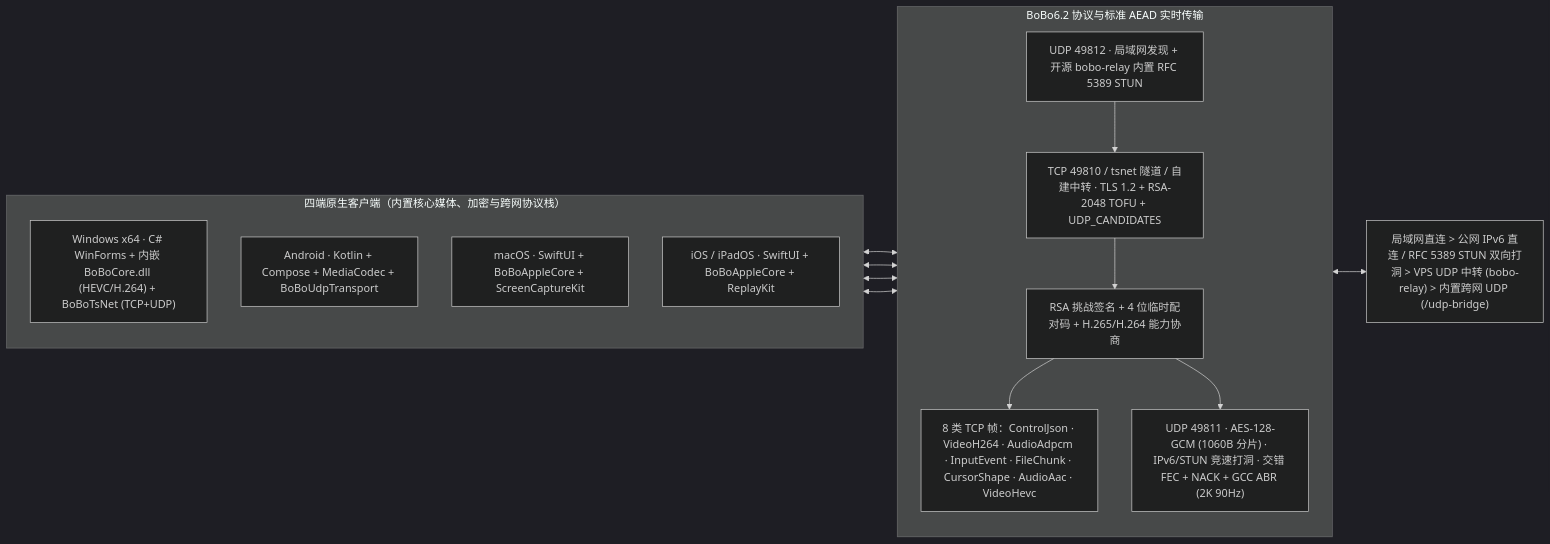
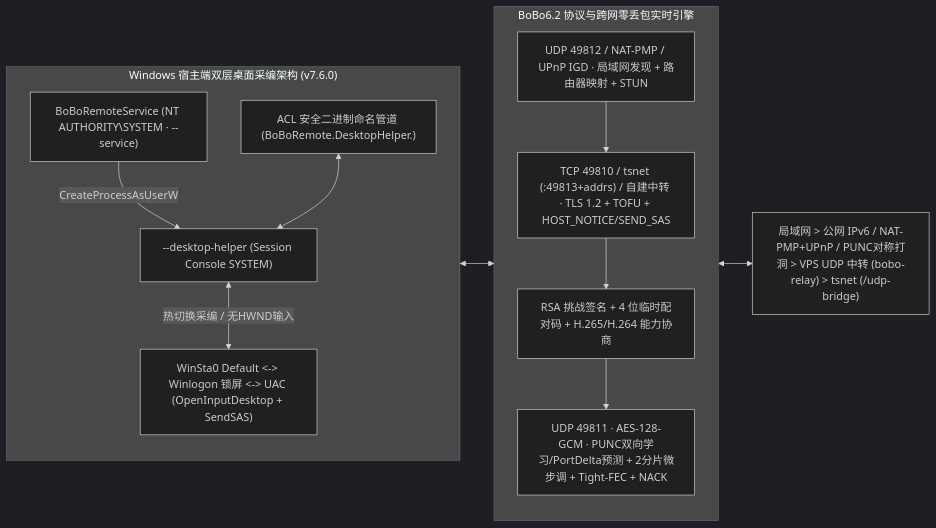
One commit to Gluxggg/BoBo-Remote changed the diagram in README.md. Above: the diagram before and after it, drawn with Mermaid (dark theme). The commit also changed other lines of this file and 29 other files, not shown here.

Commit message:
feat: v7.6.0 SYSTEM Winlogon/UAC service control & cross-network zero-loss traversal

````diff
--- a/README.md
+++ b/README.md
@@ -121,29 +121,27 @@
 ```mermaid
 flowchart LR
-  subgraph CLIENTS["四端原生客户端（内置核心媒体、加密与跨网协议栈）"]
+  subgraph WINHOST["Windows 宿主端双层桌面采编架构 (v7.6.0)"]
     direction TB
-    WIN["Windows x64 · C# WinForms + 内嵌 BoBoCore.dll (HEVC/H.264) + BoBoTsNet (TCP+UDP)"]
-    AND["Android · Kotlin + Compose + MediaCodec + BoBoUdpTransport"]
-    MAC["macOS · SwiftUI + BoBoAppleCore + ScreenCaptureKit"]
-    IOS["iOS / iPadOS · SwiftUI + BoBoAppleCore + ReplayKit"]
+    SVC["BoBoRemoteService (NT AUTHORITY\SYSTEM · --service)"]
+    HLP["--desktop-helper (Session Console SYSTEM)"]
+    DESK["WinSta0 Default <-> Winlogon 锁屏 <-> UAC (OpenInputDesktop + SendSAS)"]
+    PIPE["ACL 安全二进制命名管道 (BoBoRemote.DesktopHelper.<sid>)"]
+    SVC -->|CreateProcessAsUserW| HLP
+    HLP <-->|热切换采编 / 无HWND输入| DESK
+    PIPE <--> HLP
   end
 
-  subgraph PROTO["BoBo6.2 协议与标准 AEAD 实时传输"]
+  subgraph PROTO["BoBo6.2 协议与跨网零丢包实时引擎"]
     direction TB
-    DISC["UDP 49812 · 局域网发现 + 开源 bobo-relay 内置 RFC 5389 STUN"]
-    TLS["TCP 49810 / tsnet 隧道 / 自建中转 · TLS 1.2 + RSA-2048 TOFU + UDP_CANDIDATES"]
+    DISC["UDP 49812 / NAT-PMP / UPnP IGD · 局域网发现 + 路由器映射 + STUN"]
+    TLS["TCP 49810 / tsnet (:49813+addrs) / 自建中转 · TLS 1.2 + TOFU + HOST_NOTICE/SEND_SAS"]
     AUTH["RSA 挑战签名 + 4 位临时配对码 + H.265/H.264 能力协商"]
-    FRAMES["8 类 TCP 帧：ControlJson · VideoH264 · AudioAdpcm · InputEvent · FileChunk · CursorShape · AudioAac · VideoHevc"]
-    UDP["UDP 49811 · AES-128-GCM (1060B 分片) · IPv6/STUN 竞速打洞 · 交错 FEC + NACK + GCC ABR (2K 90Hz)"]
-    DISC --> TLS --> AUTH --> FRAMES
-    AUTH --> UDP
+    UDP["UDP 49811 · AES-128-GCM · PUNC双向学习/PortDelta预测 + 2分片微步调 + Tight-FEC + NACK"]
+    DISC --> TLS --> AUTH --> UDP
   end
 
-  NET["局域网直连 > 公网 IPv6 直连 / RFC 5389 STUN 双向打洞 > VPS UDP 中转 (bobo-relay) > 内置跨网 UDP (/udp-bridge)"]
+  NET["局域网 > 公网 IPv6 / NAT-PMP+UPnP / PUNC对称打洞 > VPS UDP 中转 (bobo-relay) > tsnet (/udp-bridge)"]
 
-  WIN <--> PROTO
-  AND <--> PROTO
-  MAC <--> PROTO
-  IOS <--> PROTO
+  WINHOST <--> PROTO
   PROTO <--> NET
 ```
````
